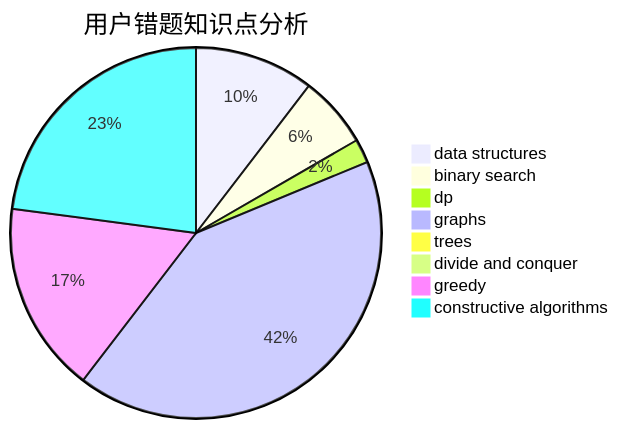
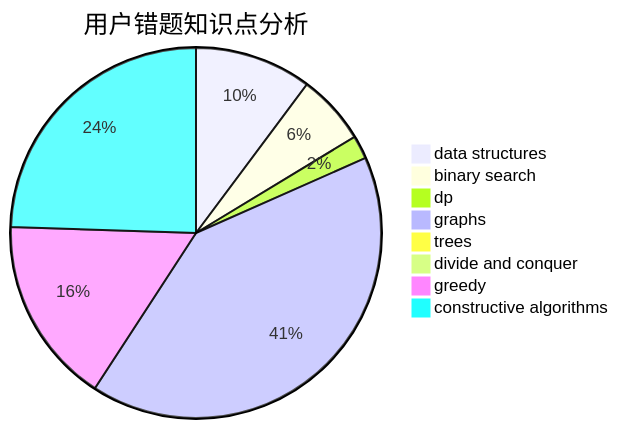
One commit to sherpahu/cfrs.github.io changed the third of 3 diagrams in docs/user/u1231.md. Above: the diagram before and after it, drawn with Mermaid. The commit also changed other lines of this file and 2770 other files, not shown here.

````diff
--- a/docs/user/u1231.md
+++ b/docs/user/u1231.md
@@ -36,11 +36,11 @@
 ```mermaid
 pie title 用户错题知识点分析
     "data structures" :  5
     "binary search" :  3
     "dp" :  1
     "graphs" :  20
     "trees" :  0
     "divide and conquer" :  0
     "greedy" :  8
-    "constructive algorithms" :  11
+    "constructive algorithms" :  12
 ```
````
